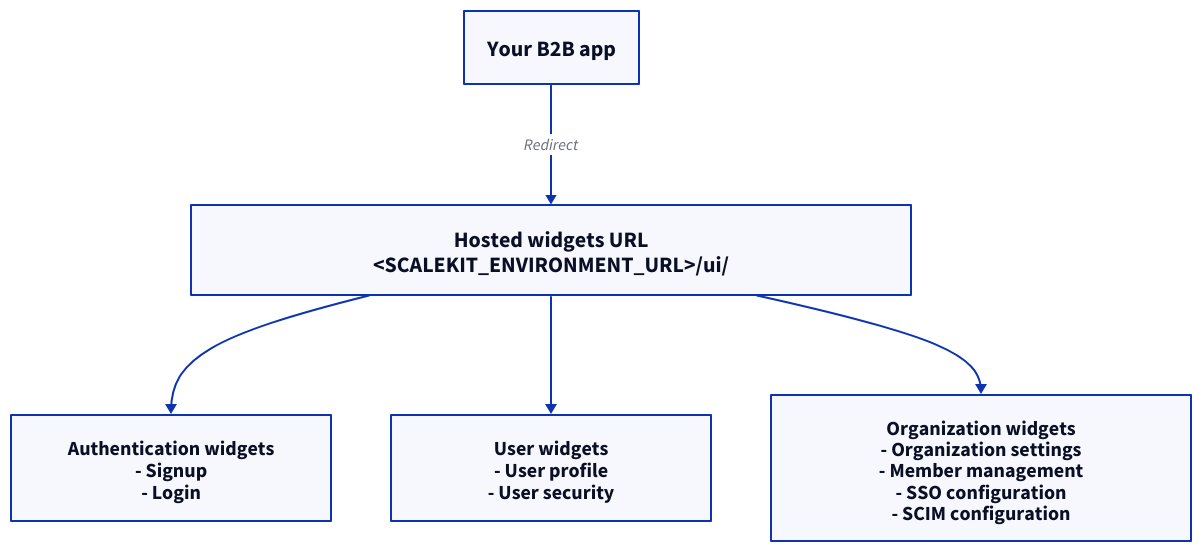
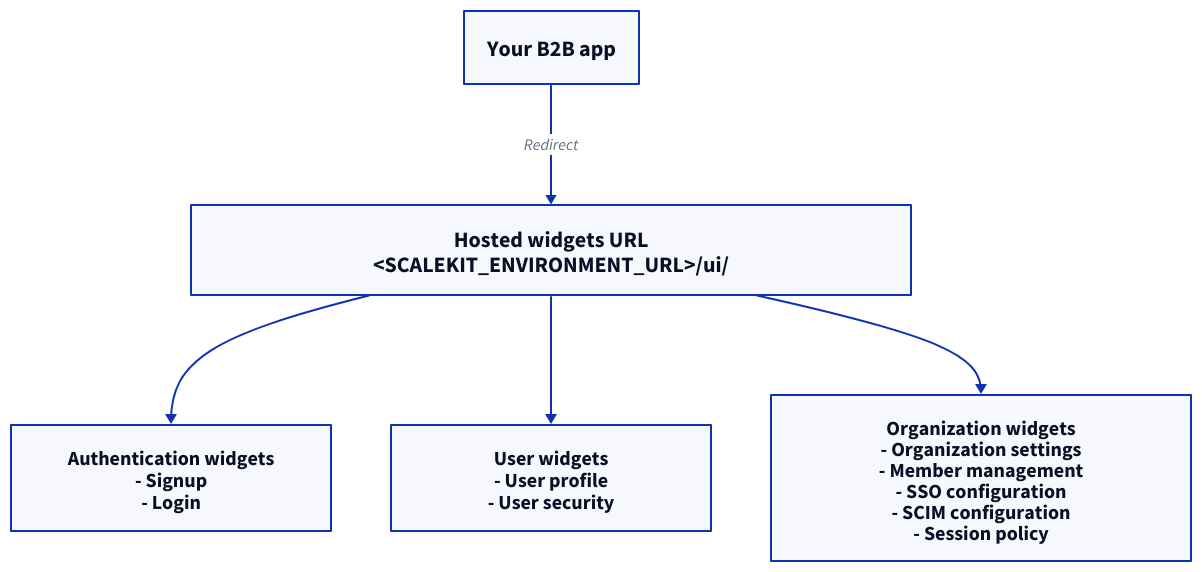
The diagram in src/content/docs/authenticate/manage-users-orgs/hosted-widgets.mdx (scalekit-inc/developer-docs), drawn with D2 before and after one commit. The commit also changed other lines of this file and 1 other file, not shown here.

Commit message:
docs: improve org session policy article and hosted widgets

````diff
--- a/src/content/docs/authenticate/manage-users-orgs/hosted-widgets.mdx
+++ b/src/content/docs/authenticate/manage-users-orgs/hosted-widgets.mdx
@@ -23,32 +23,32 @@
 ```d2 pad=56 layout=elk
 direction: down
 
 your_app: "Your B2B app" {
   style.font-size: 22
 }
 
 hosted: "Hosted widgets URL\n<SCALEKIT_ENVIRONMENT_URL>/ui/" {
   style.font-size: 22
   width: 720
 }
 
 auth_widgets: "Authentication widgets\n- Signup\n- Login" {
   style.font-size: 20
   width: 320
 }
 
 user_widgets: "User widgets\n- User profile\n- User security" {
   style.font-size: 20
   width: 320
 }
 
-org_widgets: "Organization widgets\n- Organization settings\n- Member management\n- SSO configuration\n- SCIM configuration" {
+org_widgets: "Organization widgets\n- Organization settings\n- Member management\n- SSO configuration\n- SCIM configuration\n- Session policy" {
   style.font-size: 20
   width: 420
 }
 
 your_app -> hosted: "Redirect"
 hosted -> auth_widgets
 hosted -> user_widgets
 hosted -> org_widgets
 ```
````
